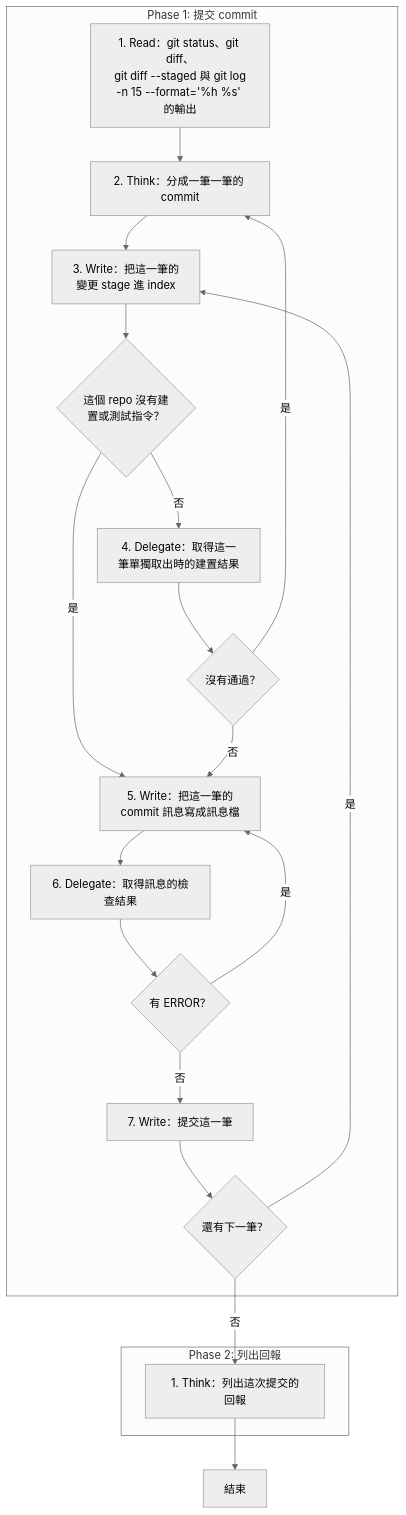
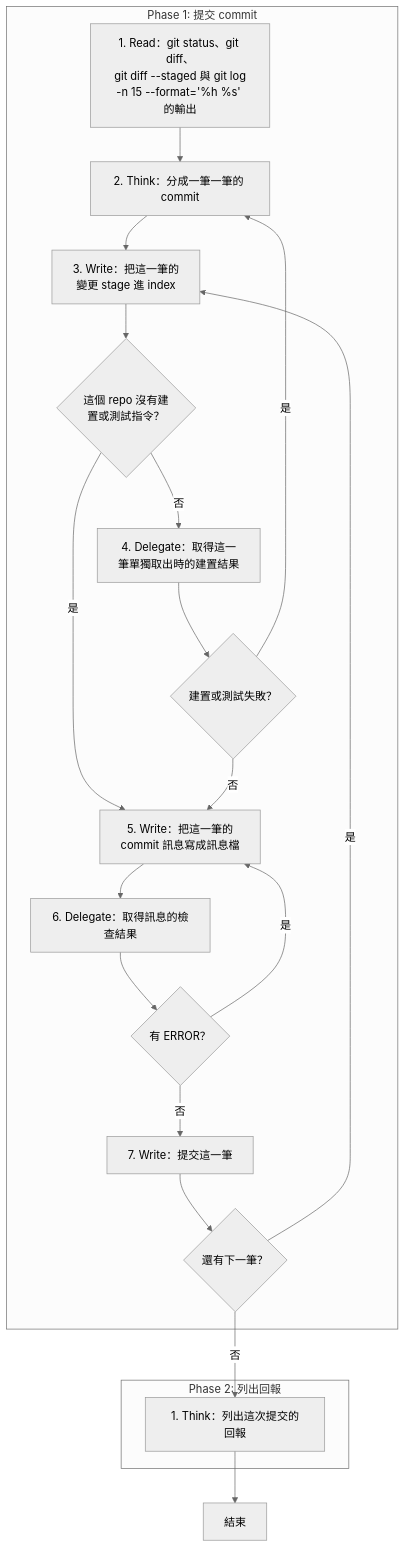
Before and after one commit to AI-x-BDD/BDGG-Dev-Skills: the diagram in .agents/skills/git-conventional-commit/SKILL.md, drawn with Mermaid (neutral theme). The commit also changed other lines of this file and 1 other file, not shown here.

Commit message:
fix: git-conventional-commit 的回頭條件改成正向寫法
Phase 1 Step 4 的條件「沒有通過」以否定詞開頭,每次檢查都被列為候選,
請人判斷是不是防禦性跳轉。它是失敗後回頭重排的回退,不是旁路;照
〈分支與回頭只寫在行尾〉的正向條件優先,改成「建置或測試失敗」,流程
不變。

````diff
--- a/.agents/skills/git-conventional-commit/SKILL.md
+++ b/.agents/skills/git-conventional-commit/SKILL.md
@@ -23,36 +23,36 @@
 ```mermaid
 flowchart TD
     subgraph P1["Phase 1: 提交 commit"]
         P1S1["1. Read：git status、git diff、<br/>git diff --staged 與 git log<br/>-n 15 --format='%h %s' 的輸出"]
         P1S2["2. Think：分成一筆一筆的 commit"]
         P1S3["3. Write：把這一筆的<br/>變更 stage 進 index"]
         G_P1S3_1{"這個 repo 沒有建<br/>置或測試指令？"}
         P1S4["4. Delegate：取得這一<br/>筆單獨取出時的建置結果"]
-        G_P1S4_1{"沒有通過？"}
+        G_P1S4_1{"建置或測試失敗？"}
         P1S5["5. Write：把這一筆的<br/>commit 訊息寫成訊息檔"]
         P1S6["6. Delegate：取得訊息的檢查結果"]
         G_P1S6_1{"有 ERROR？"}
         P1S7["7. Write：提交這一筆"]
         G_P1S7_1{"還有下一筆？"}
     end
     subgraph P2["Phase 2: 列出回報"]
         P2S1["1. Think：列出這次提交的回報"]
     end
     End["結束"]
     P1S1 --> P1S2
     P1S2 --> P1S3
     P1S3 --> G_P1S3_1
     G_P1S3_1 -->|是| P1S5
     G_P1S3_1 -->|否| P1S4
     P1S4 --> G_P1S4_1
     G_P1S4_1 -->|是| P1S2
     G_P1S4_1 -->|否| P1S5
     P1S5 --> P1S6
     P1S6 --> G_P1S6_1
     G_P1S6_1 -->|是| P1S5
     G_P1S6_1 -->|否| P1S7
     P1S7 --> G_P1S7_1
     G_P1S7_1 -->|是| P1S3
     G_P1S7_1 -->|否| P2S1
     P2S1 --> End
 ```
````
